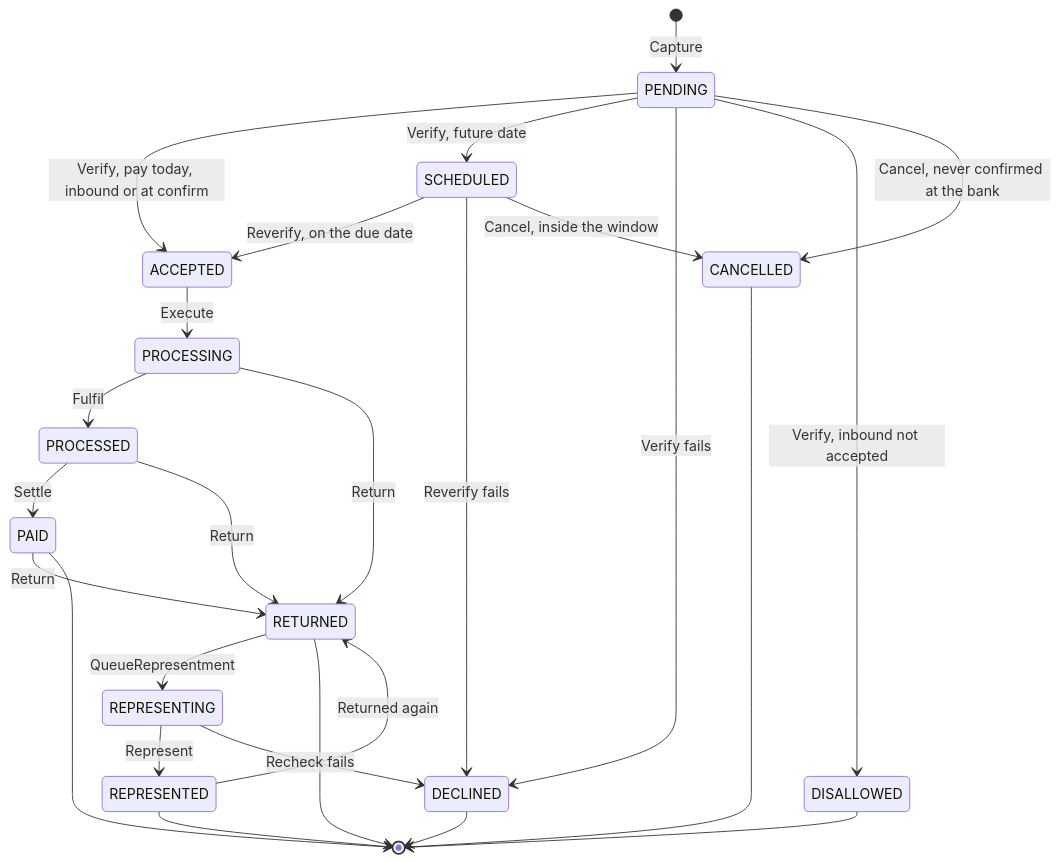
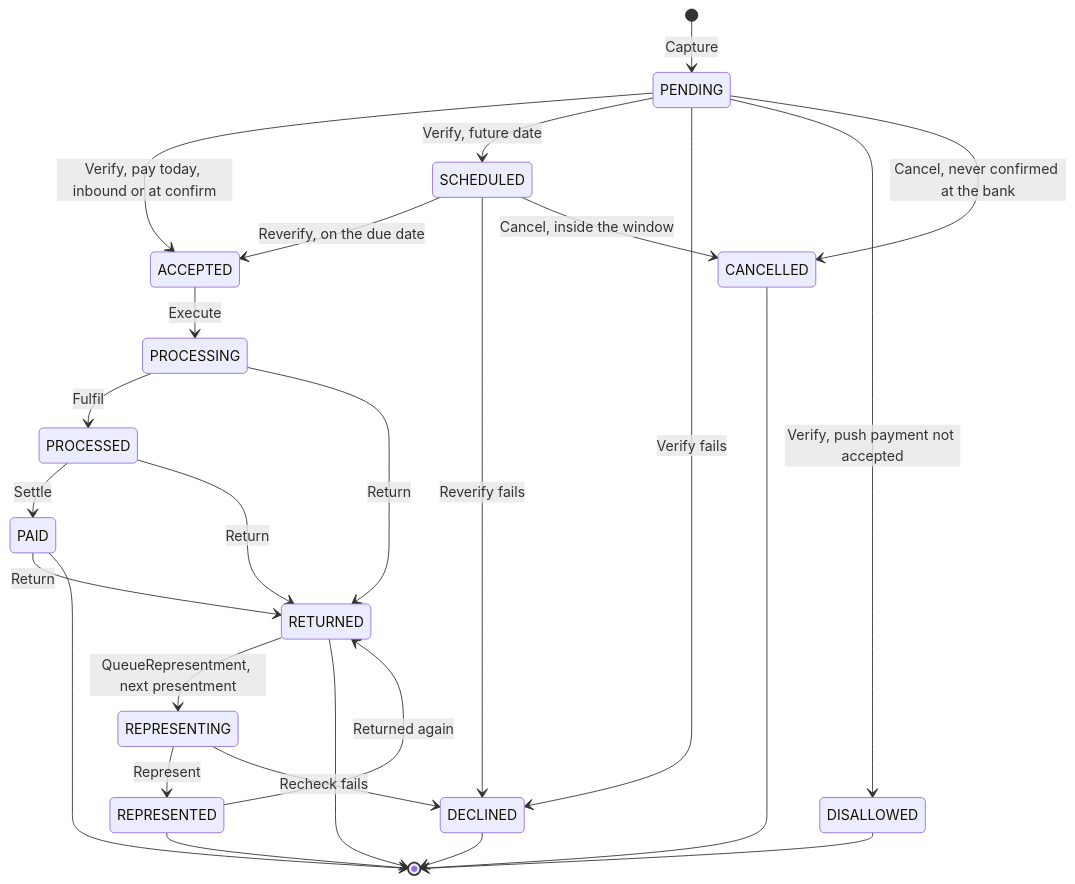
Before and after one commit to arunav-bhattacharya/billpay-book: the first of 2 diagrams in website/docs/design/payment-state-model.md, drawn with Mermaid. The commit also changed other lines of this file and 14 other files, not shown here.

````diff
--- a/website/docs/design/payment-state-model.md
+++ b/website/docs/design/payment-state-model.md
@@ -23,34 +23,34 @@
 ```mermaid
 ---
 config:
   nodeSpacing: 40
   rankSpacing: 34
 ---
 stateDiagram-v2
   direction TB
   [*] --> PENDING: Capture
   PENDING --> ACCEPTED: Verify, pay today, inbound or at confirm
   PENDING --> SCHEDULED: Verify, future date
   PENDING --> DECLINED: Verify fails
-  PENDING --> DISALLOWED: Verify, inbound not accepted
+  PENDING --> DISALLOWED: Verify, push payment not accepted
   PENDING --> CANCELLED: Cancel, never confirmed at the bank
   SCHEDULED --> ACCEPTED: Reverify, on the due date
   SCHEDULED --> DECLINED: Reverify fails
   SCHEDULED --> CANCELLED: Cancel, inside the window
   ACCEPTED --> PROCESSING: Execute
   PROCESSING --> PROCESSED: Fulfil
   PROCESSED --> PAID: Settle
   PROCESSING --> RETURNED: Return
   PROCESSED --> RETURNED: Return
   PAID --> RETURNED: Return
-  RETURNED --> REPRESENTING: QueueRepresentment
+  RETURNED --> REPRESENTING: QueueRepresentment, next presentment
   REPRESENTING --> REPRESENTED: Represent
   REPRESENTING --> DECLINED: Recheck fails
   REPRESENTED --> RETURNED: Returned again
   PAID --> [*]
   RETURNED --> [*]
   REPRESENTED --> [*]
   DECLINED --> [*]
   CANCELLED --> [*]
   DISALLOWED --> [*]
 ```
````
